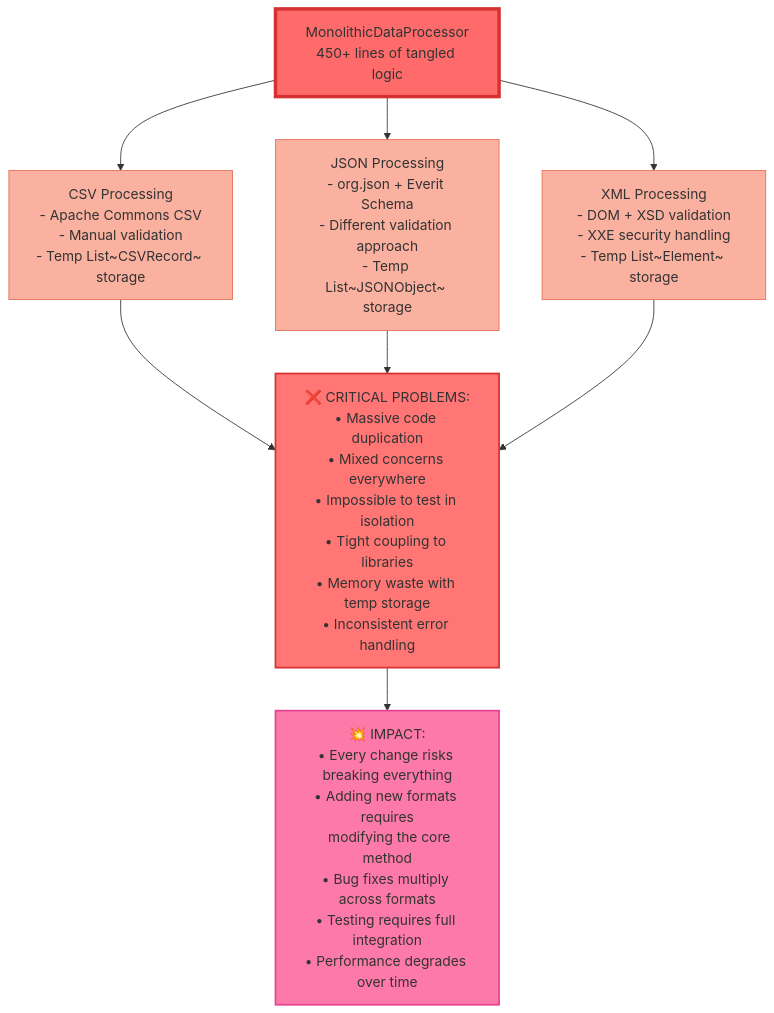
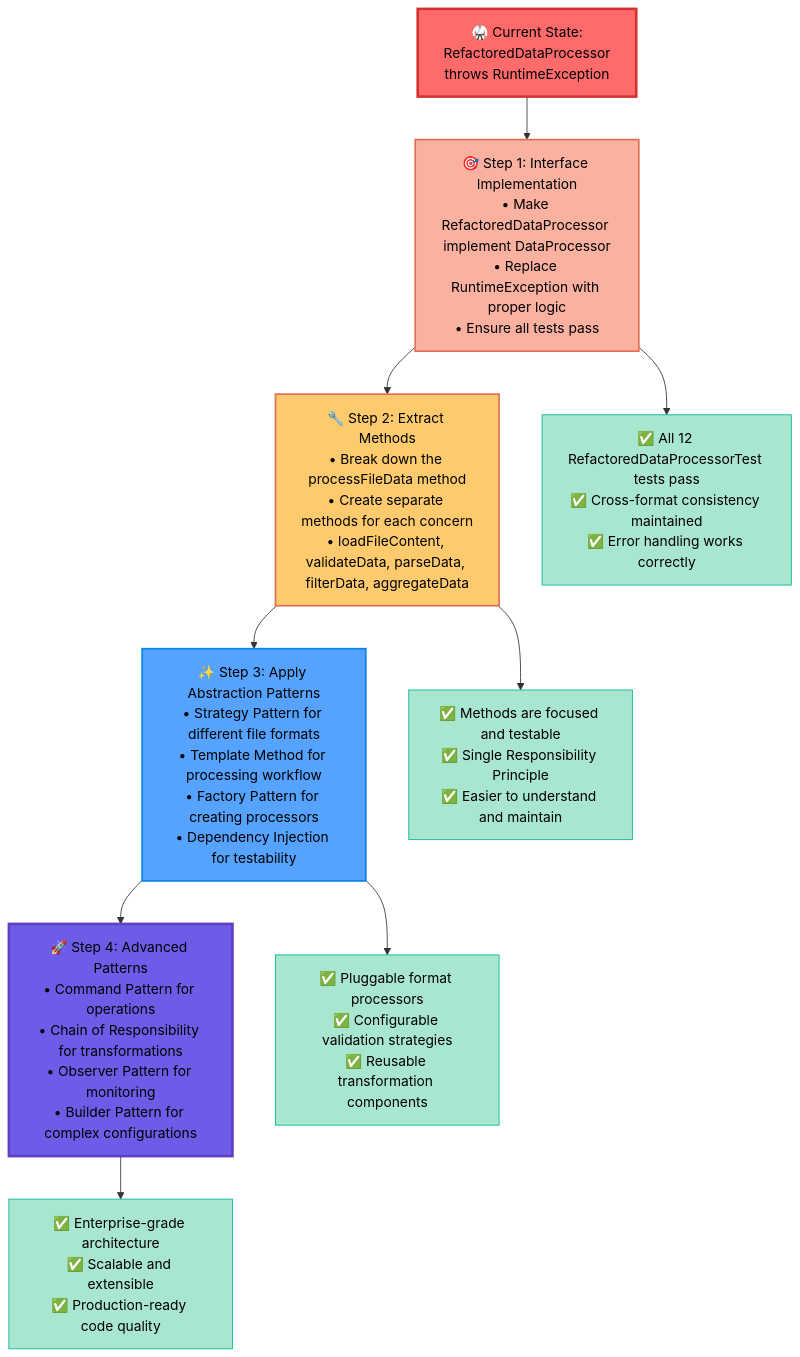
One commit to build-o-zer/dojo-java-abstract-and-generics changed the fourth of 5 diagrams in containers/dojo-site/content/katas/java-abstraction-advanced.md. Above: the diagram before and after it, drawn with Mermaid. The commit also changed other lines of this file and 21 other files, not shown here.

````diff
--- a/containers/dojo-site/content/katas/java-abstraction-advanced.md
+++ b/containers/dojo-site/content/katas/java-abstraction-advanced.md
@@ -504,21 +560,35 @@
 ```mermaid
 graph TD
-    Monolith[MonolithicDataProcessor<br/>450+ lines of tangled logic]
+    Start[🥋 Current State:<br/>RefactoredDataProcessor<br/>throws RuntimeException] 
     
-    Monolith --> CSV_Code[CSV Processing<br/>- Apache Commons CSV<br/>- Manual validation<br/>- Temp List~CSVRecord~ storage]
-    Monolith --> JSON_Code[JSON Processing<br/>- org.json + Everit Schema<br/>- Different validation approach<br/>- Temp List~JSONObject~ storage]
-    Monolith --> XML_Code[XML Processing<br/>- DOM + XSD validation<br/>- XXE security handling<br/>- Temp List~Element~ storage]
+    Step1[🎯 Step 1: Interface Implementation<br/>• Make RefactoredDataProcessor implement DataProcessor<br/>• Replace RuntimeException with proper logic<br/>• Ensure all tests pass]
     
-    CSV_Code --> Problems[❌ CRITICAL PROBLEMS:<br/>• Massive code duplication<br/>• Mixed concerns everywhere<br/>• Impossible to test in isolation<br/>• Tight coupling to libraries<br/>• Memory waste with temp storage<br/>• Inconsistent error handling]
-    JSON_Code --> Problems
-    XML_Code --> Problems
+    Step2[🔧 Step 2: Extract Methods<br/>• Break down the processFileData method<br/>• Create separate methods for each concern<br/>• loadFileContent, validateData, parseData, filterData, aggregateData]
     
-    Problems --> Impact[💥 IMPACT:<br/>• Every change risks breaking everything<br/>• Adding new formats requires<br/>  modifying the core method<br/>• Bug fixes multiply across formats<br/>• Testing requires full integration<br/>• Performance degrades over time]
+    Step3[✨ Step 3: Apply Abstraction Patterns<br/>• Strategy Pattern for different file formats<br/>• Template Method for processing workflow<br/>• Factory Pattern for creating processors<br/>• Dependency Injection for testability]
     
-    style Monolith fill:#ff6b6b,stroke:#d63031,stroke-width:4px
-    style Problems fill:#ff7675,stroke:#d63031,stroke-width:2px
-    style Impact fill:#fd79a8,stroke:#e84393,stroke-width:2px
-    style CSV_Code fill:#fab1a0,stroke:#e17055
-    style JSON_Code fill:#fab1a0,stroke:#e17055
-    style XML_Code fill:#fab1a0,stroke:#e17055
+    Step4[🚀 Step 4: Advanced Patterns<br/>• Command Pattern for operations<br/>• Chain of Responsibility for transformations<br/>• Observer Pattern for monitoring<br/>• Builder Pattern for complex configurations]
+    
+    Start --> Step1
+    Step1 --> Step2
+    Step2 --> Step3
+    Step3 --> Step4
+    
+    Step1 --> Tests1[✅ All 12 RefactoredDataProcessorTest tests pass<br/>✅ Cross-format consistency maintained<br/>✅ Error handling works correctly]
+    
+    Step2 --> Tests2[✅ Methods are focused and testable<br/>✅ Single Responsibility Principle<br/>✅ Easier to understand and maintain]
+    
+    Step3 --> Tests3[✅ Pluggable format processors<br/>✅ Configurable validation strategies<br/>✅ Reusable transformation components]
+    
+    Step4 --> Tests4[✅ Enterprise-grade architecture<br/>✅ Scalable and extensible<br/>✅ Production-ready code quality]
+    
+    style Start fill:#ff6b6b,stroke:#d63031,stroke-width:3px,color:#000000
+    style Step1 fill:#fab1a0,stroke:#e17055,stroke-width:2px,color:#000000
+    style Step2 fill:#fdcb6e,stroke:#e17055,stroke-width:2px,color:#000000
+    style Step3 fill:#55a3ff,stroke:#0984e3,stroke-width:2px,color:#000000
+    style Step4 fill:#6c5ce7,stroke:#5f3dc4,stroke-width:3px,color:#000000
+    style Tests1 fill:#a8e6cf,stroke:#00b894,color:#000000
+    style Tests2 fill:#a8e6cf,stroke:#00b894,color:#000000
+    style Tests3 fill:#a8e6cf,stroke:#00b894,color:#000000
+    style Tests4 fill:#a8e6cf,stroke:#00b894,color:#000000
 ```
````
